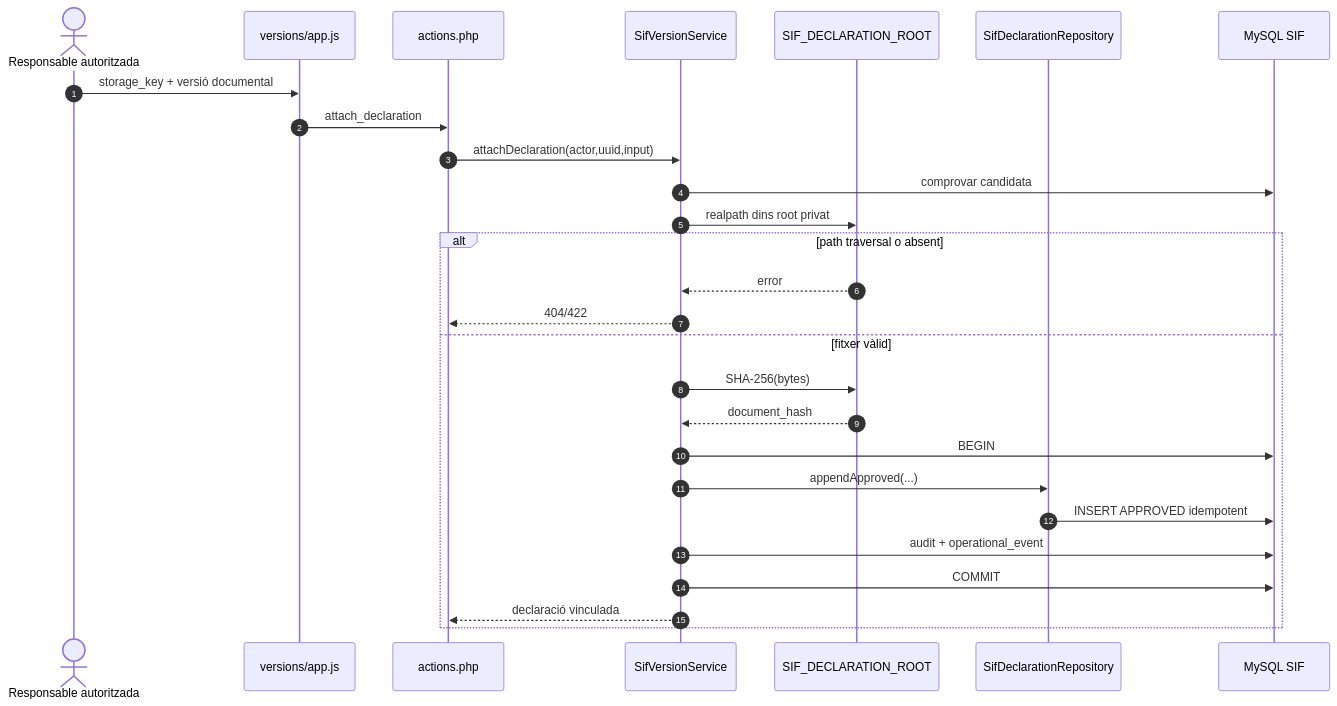
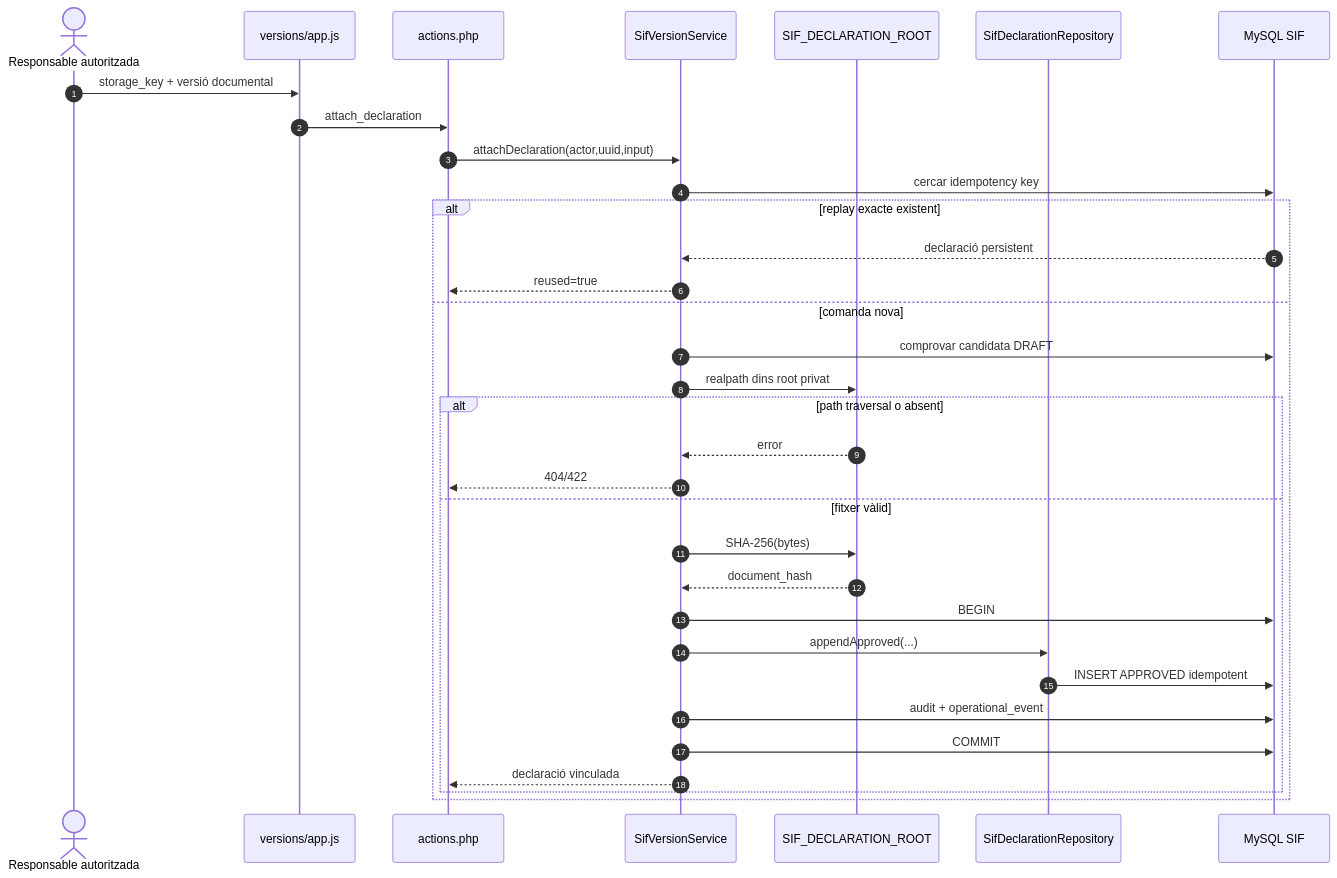
Before and after one commit to orgmeriemprismacat-del/verifactu: the third of 6 diagrams in documentacio/07-uml-integrat/uc-010-sequencies-actual-final.md, drawn with Mermaid.

Commit message:
docs(UC-010): reflectir replay de declaració a la seqüència

````diff
--- a/documentacio/07-uml-integrat/uc-010-sequencies-actual-final.md
+++ b/documentacio/07-uml-integrat/uc-010-sequencies-actual-final.md
@@ -66,30 +66,36 @@
 ```mermaid
 sequenceDiagram
 autonumber
 actor U as Responsable autoritzada
 participant JS as versions/app.js
 participant API as actions.php
 participant S as SifVersionService
 participant FS as SIF_DECLARATION_ROOT
 participant DR as SifDeclarationRepository
 participant DB as MySQL SIF
 
 U->>JS: storage_key + versió documental
 JS->>API: attach_declaration
 API->>S: attachDeclaration(actor,uuid,input)
-S->>DB: comprovar candidata
-S->>FS: realpath dins root privat
+S->>DB: cercar idempotency key
+alt replay exacte existent
+  DB-->>S: declaració persistent
+  S-->>API: reused=true
+else comanda nova
+  S->>DB: comprovar candidata DRAFT
+  S->>FS: realpath dins root privat
 alt path traversal o absent
   FS-->>S: error
   S-->>API: 404/422
 else fitxer vàlid
   S->>FS: SHA-256(bytes)
   FS-->>S: document_hash
   S->>DB: BEGIN
   S->>DR: appendApproved(...)
   DR->>DB: INSERT APPROVED idempotent
   S->>DB: audit + operational_event
   S->>DB: COMMIT
   S-->>API: declaració vinculada
 end
+end
 ```
````
